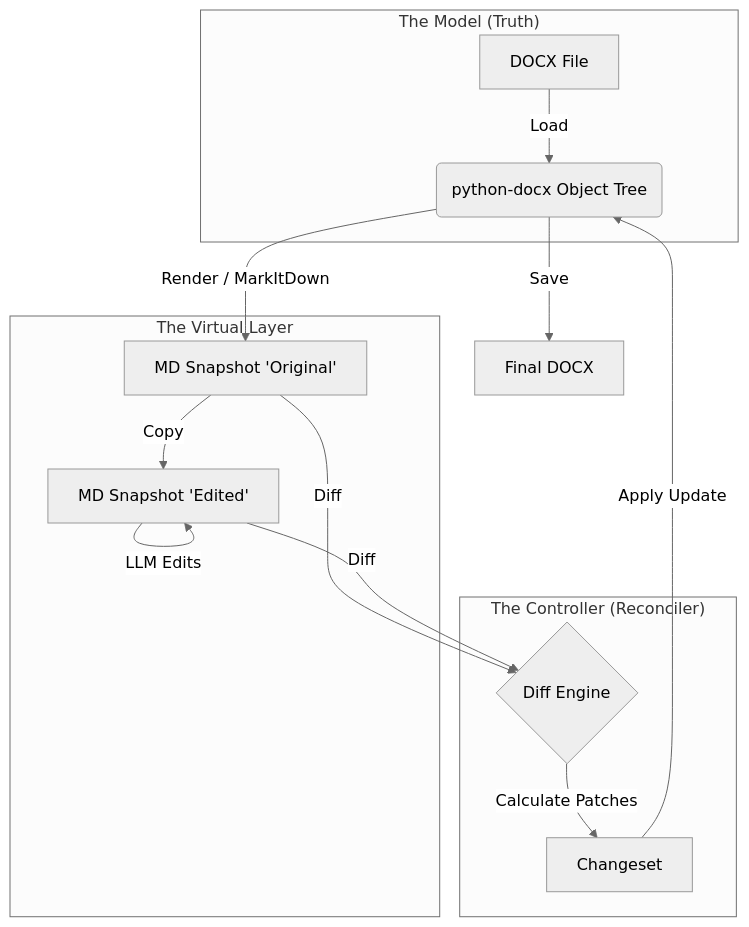
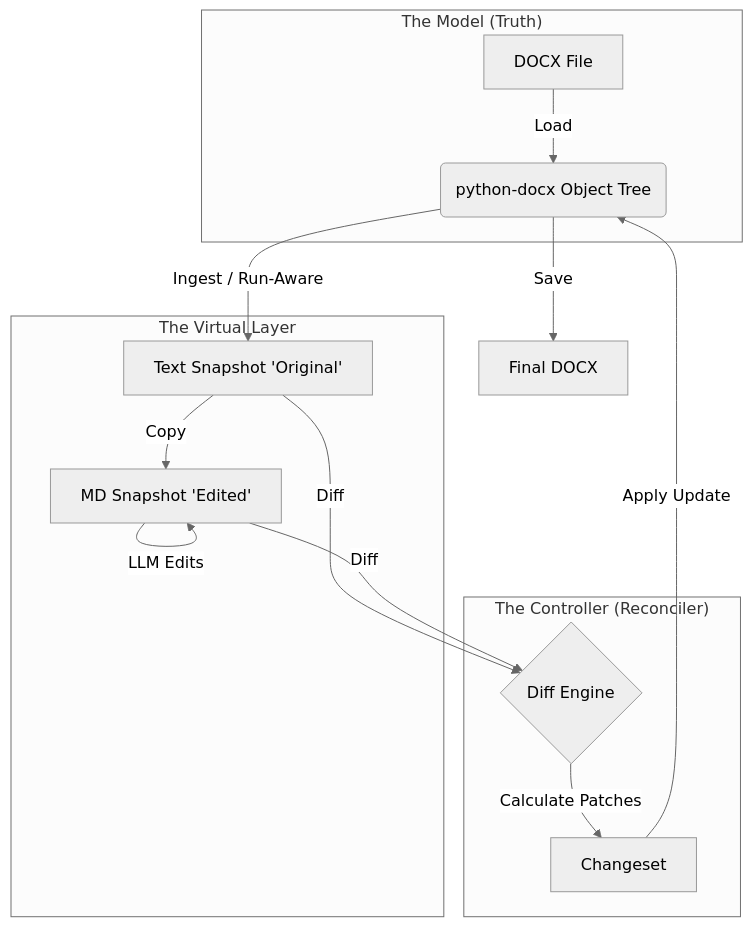
Before and after one commit to dealfluence/adeu: the diagram in ARCHITECTURE.md, drawn with Mermaid (neutral theme). The commit also changed other lines of this file and 5 other files, not shown here.

````diff
--- a/ARCHITECTURE.md
+++ b/ARCHITECTURE.md
@@ -31,21 +31,21 @@
 ```mermaid
 graph TD
     subgraph "The Model (Truth)"
     A[DOCX File] -->|Load| B(python-docx Object Tree)
     end
 
     subgraph "The Virtual Layer"
-    B -->|Render / MarkItDown| C[MD Snapshot 'Original']
+    B -->|Ingest / Run-Aware| C[Text Snapshot 'Original']
     C -->|Copy| D[MD Snapshot 'Edited']
     end
 
     subgraph "The Controller (Reconciler)"
     D -->|LLM Edits| D
     C -->|Diff| E{Diff Engine}
     D -->|Diff| E
     E -->|Calculate Patches| F[Changeset]
     F -->|Apply Update| B
     end
 
     B -->|Save| G[Final DOCX]
 ```
````
